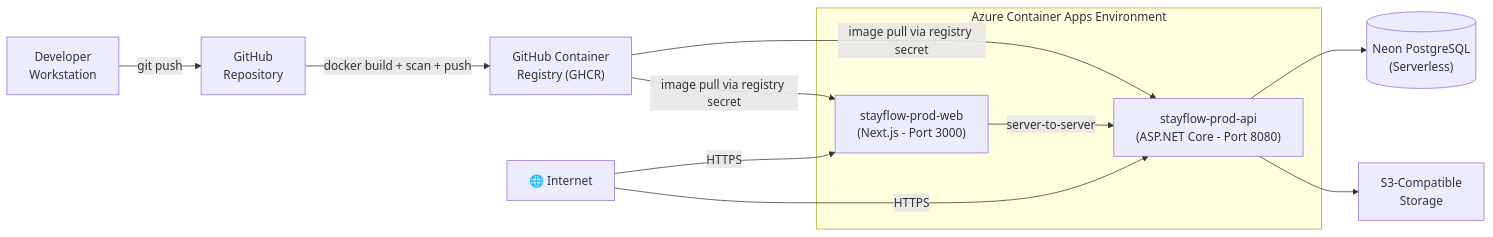
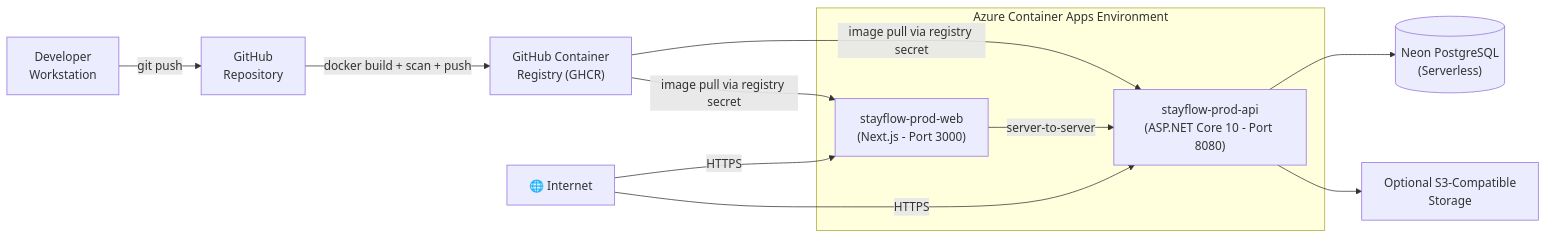
Before and after one commit to DRTX2/stay-flow-cloud: the third of 3 diagrams in docs/ARCHITECTURE.md, drawn with Mermaid. The commit also changed other lines of this file and 122 other files, not shown here.

````diff
--- a/docs/ARCHITECTURE.md
+++ b/docs/ARCHITECTURE.md
@@ -98,25 +98,25 @@
 ```mermaid
 graph LR
     Dev["Developer\nWorkstation"]
     GH["GitHub\nRepository"]
     GHCR["GitHub Container\nRegistry (GHCR)"]
 
     subgraph ACA["Azure Container Apps Environment"]
         WebApp["stayflow-prod-web\n(Next.js - Port 3000)"]
-        APIApp["stayflow-prod-api\n(ASP.NET Core - Port 8080)"]
+        APIApp["stayflow-prod-api\n(ASP.NET Core 10 - Port 8080)"]
     end
 
     Neon[("Neon PostgreSQL\n(Serverless)")]
-    S3["S3-Compatible\nStorage"]
+    S3["Optional S3-Compatible\nStorage"]
     Internet["🌐 Internet"]
 
     Dev -->|git push| GH
     GH -->|docker build + scan + push| GHCR
     GHCR -->|image pull via registry secret| WebApp
     GHCR -->|image pull via registry secret| APIApp
     WebApp -->|server-to-server| APIApp
     APIApp --> Neon
     APIApp --> S3
     Internet -->|HTTPS| WebApp
     Internet -->|HTTPS| APIApp
 ```
````
